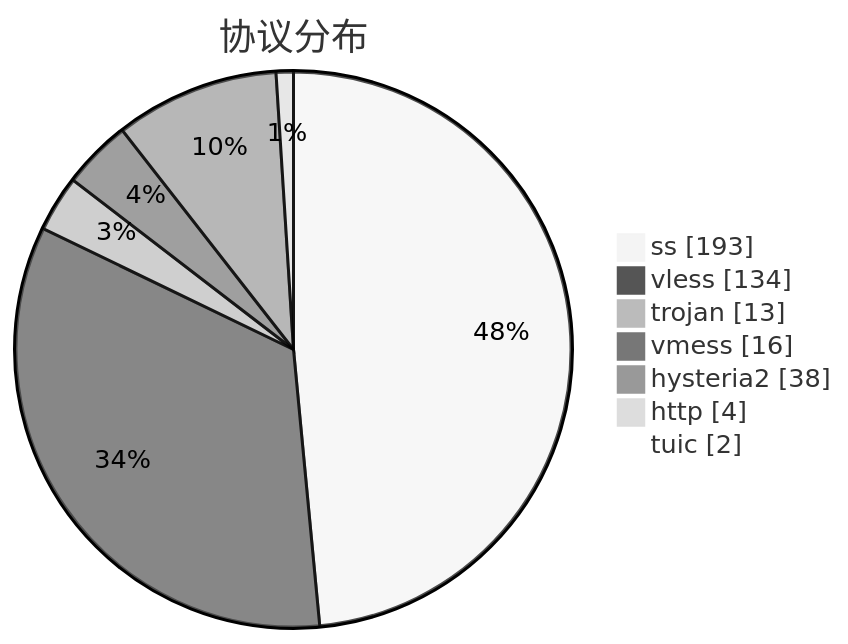
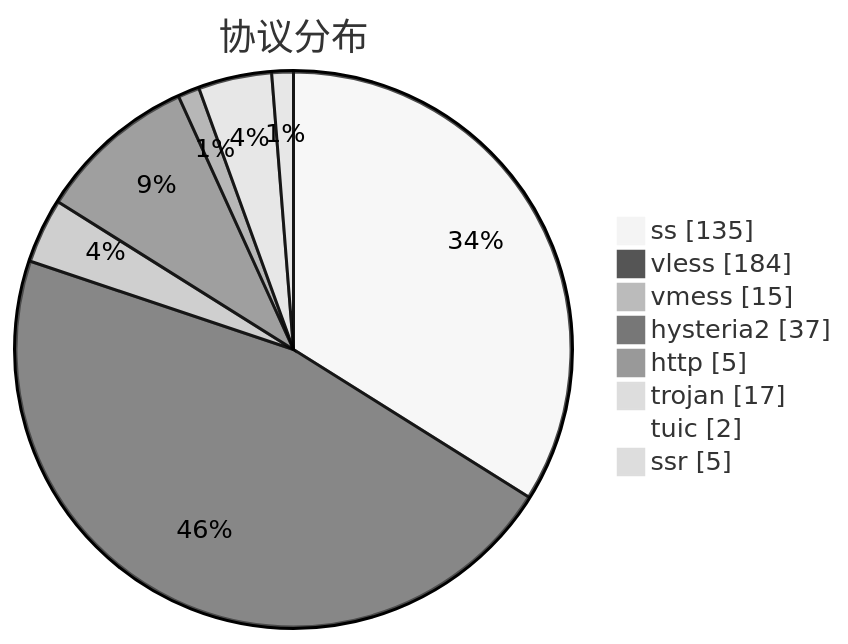
Before and after one commit to qjlxg/airport: the third of 3 diagrams in subs/statistics/tested_within.md, drawn with Mermaid (neutral theme). The commit also changed other lines of this file and 2 other files, not shown here.

````diff
--- a/subs/statistics/tested_within.md
+++ b/subs/statistics/tested_within.md
@@ -33,11 +33,12 @@
 ```mermaid
 pie showData
 title 协议分布
-"ss" : 193
-"vless" : 134
-"trojan" : 13
-"vmess" : 16
-"hysteria2" : 38
-"http" : 4
+"ss" : 135
+"vless" : 184
+"vmess" : 15
+"hysteria2" : 37
+"http" : 5
+"trojan" : 17
 "tuic" : 2
+"ssr" : 5
 ```
````
